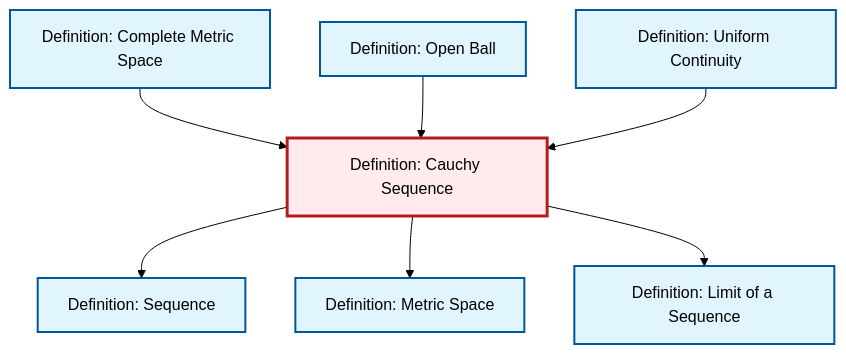
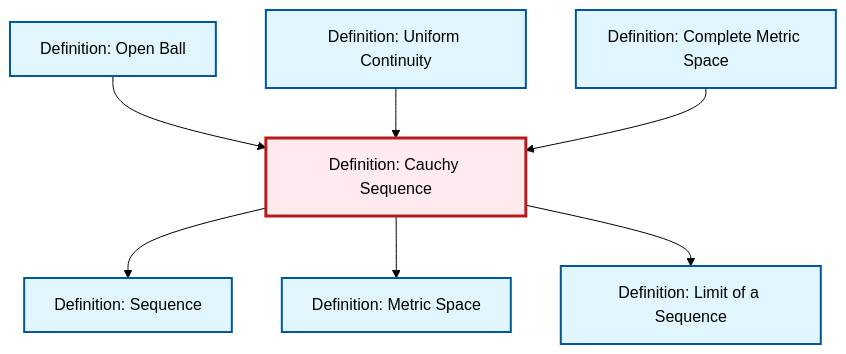
One commit to RK0429/ModernMath changed the diagram in content/en/analysis/def-cauchy-sequence.qmd. Above: the diagram before and after it, drawn with Mermaid (forest theme). The commit also changed other lines of this file and 1012 other files, not shown here.

````diff
--- a/content/en/analysis/def-cauchy-sequence.qmd
+++ b/content/en/analysis/def-cauchy-sequence.qmd
@@ -88,29 +88,29 @@
 ```{mermaid}
 %%| fig-cap: "Local dependency graph"
 graph TD
     classDef definition fill:#e1f5fe,stroke:#01579b,stroke-width:2px
     classDef theorem fill:#f3e5f5,stroke:#4a148c,stroke-width:2px
     classDef axiom fill:#fff3e0,stroke:#e65100,stroke-width:2px
     classDef example fill:#e8f5e9,stroke:#1b5e20,stroke-width:2px
     classDef current fill:#ffebee,stroke:#b71c1c,stroke-width:3px
     def-limit["Definition: Limit of a Sequence"]:::definition
+    def-open-ball["Definition: Open Ball"]:::definition
+    def-metric-space["Definition: Metric Space"]:::definition
+    def-complete-metric-space["Definition: Complete Metric Space"]:::definition
     def-uniform-continuity["Definition: Uniform Continuity"]:::definition
     def-sequence["Definition: Sequence"]:::definition
     def-cauchy-sequence["Definition: Cauchy Sequence"]:::definition
-    def-metric-space["Definition: Metric Space"]:::definition
-    def-complete-metric-space["Definition: Complete Metric Space"]:::definition
-    def-open-ball["Definition: Open Ball"]:::definition
-    def-cauchy-sequence --> def-sequence
-    def-complete-metric-space --> def-cauchy-sequence
-    def-cauchy-sequence --> def-metric-space
     def-open-ball --> def-cauchy-sequence
     def-uniform-continuity --> def-cauchy-sequence
+    def-cauchy-sequence --> def-sequence
+    def-cauchy-sequence --> def-metric-space
+    def-complete-metric-space --> def-cauchy-sequence
     def-cauchy-sequence --> def-limit
     class def-cauchy-sequence current
     click def-limit "def-limit.html" "Go to Limit of a Sequence definition"
+    click def-open-ball "def-open-ball.html" "Go to Open Ball definition"
+    click def-metric-space "def-metric-space.html" "Go to Metric Space definition"
+    click def-complete-metric-space "def-complete-metric-space.html" "Go to Complete Metric Space definition"
     click def-uniform-continuity "def-uniform-continuity.html" "Go to Uniform Continuity definition"
     click def-sequence "def-sequence.html" "Go to Sequence definition"
-    click def-metric-space "def-metric-space.html" "Go to Metric Space definition"
-    click def-complete-metric-space "def-complete-metric-space.html" "Go to Complete Metric Space definition"
-    click def-open-ball "def-open-ball.html" "Go to Open Ball definition"
 ```
````
